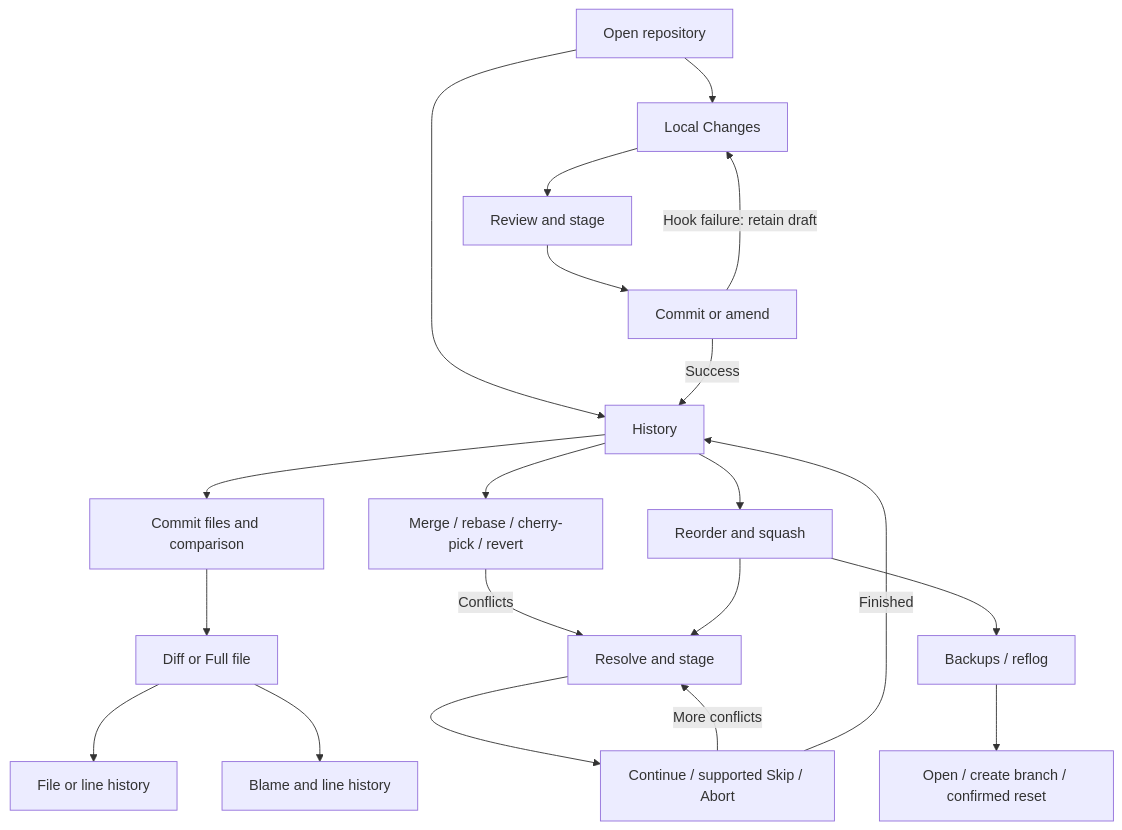
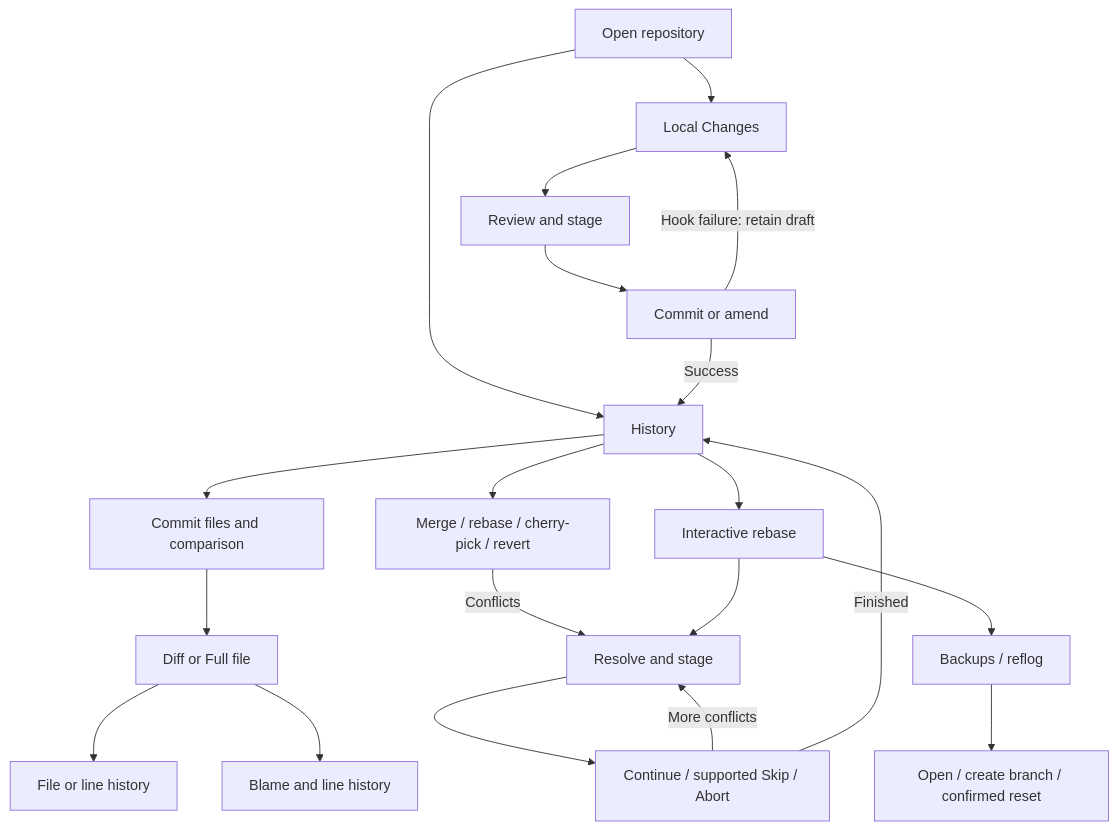
Before and after one commit to baol/gg: the diagram in docs/user-flows.md, drawn with Mermaid. The commit also changed other lines of this file and 90 other files, not shown here.

````diff
--- a/docs/user-flows.md
+++ b/docs/user-flows.md
@@ -42,22 +42,22 @@
 ```mermaid
 flowchart TD
     Open[Open repository] --> History[History]
     History --> Review[Commit files and comparison]
     Review --> Read[Diff or Full file]
     Read --> Timeline[File or line history]
     Read --> Blame[Blame and line history]
     Open --> Local[Local Changes]
     Local --> Stage[Review and stage]
     Stage --> Commit[Commit or amend]
     Commit -->|Hook failure: retain draft| Local
     Commit -->|Success| History
     History --> Integrate[Merge / rebase / cherry-pick / revert]
     Integrate -->|Conflicts| Resolve[Resolve and stage]
     Resolve --> Continue[Continue / supported Skip / Abort]
     Continue -->|More conflicts| Resolve
     Continue -->|Finished| History
-    History --> Rewrite[Reorder and squash]
+    History --> Rewrite[Interactive rebase]
     Rewrite --> Resolve
     Rewrite --> Backup[Backups / reflog]
     Backup --> Recover[Open / create branch / confirmed reset]
 ```
````
